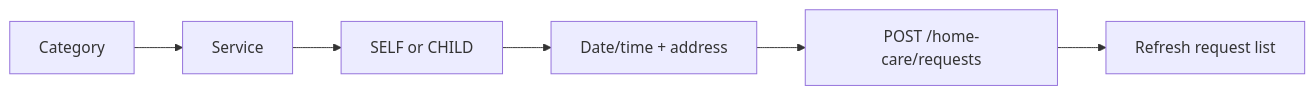
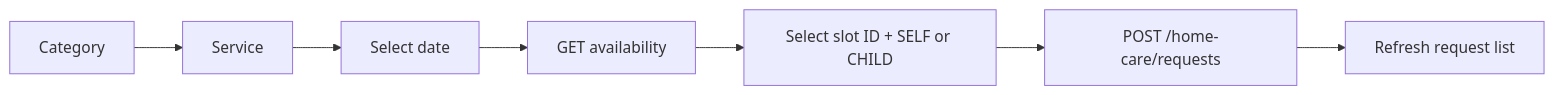
One commit to nearzero32/cannula changed the diagram in src/docs/mobile/08-home-care.md. Above: the diagram before and after it, drawn with Mermaid. The commit also changed other lines of this file and 25 other files, not shown here.

First line of the commit message:
Implement Home Care Availability Management in Mobile API

````diff
--- a/src/docs/mobile/08-home-care.md
+++ b/src/docs/mobile/08-home-care.md
@@ -27,7 +30,8 @@
 ```mermaid
 flowchart LR
-  A[Category] --> B[Service] --> C[SELF or CHILD]
-  C --> D[Date/time + address]
-  D --> E[POST /home-care/requests]
-  E --> F[Refresh request list]
+  A[Category] --> B[Service] --> C[Select date]
+  C --> D[GET availability]
+  D --> E[Select slot ID + SELF or CHILD]
+  E --> F[POST /home-care/requests]
+  F --> G[Refresh request list]
 ```
````
